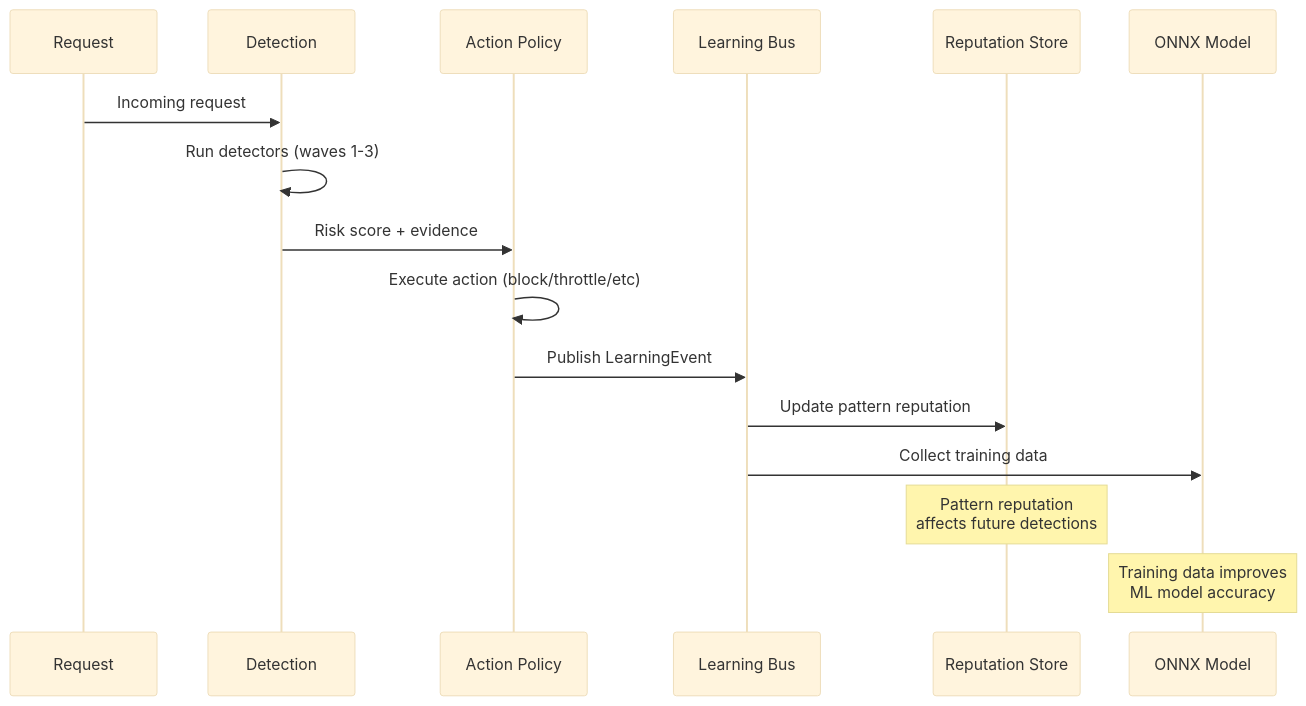
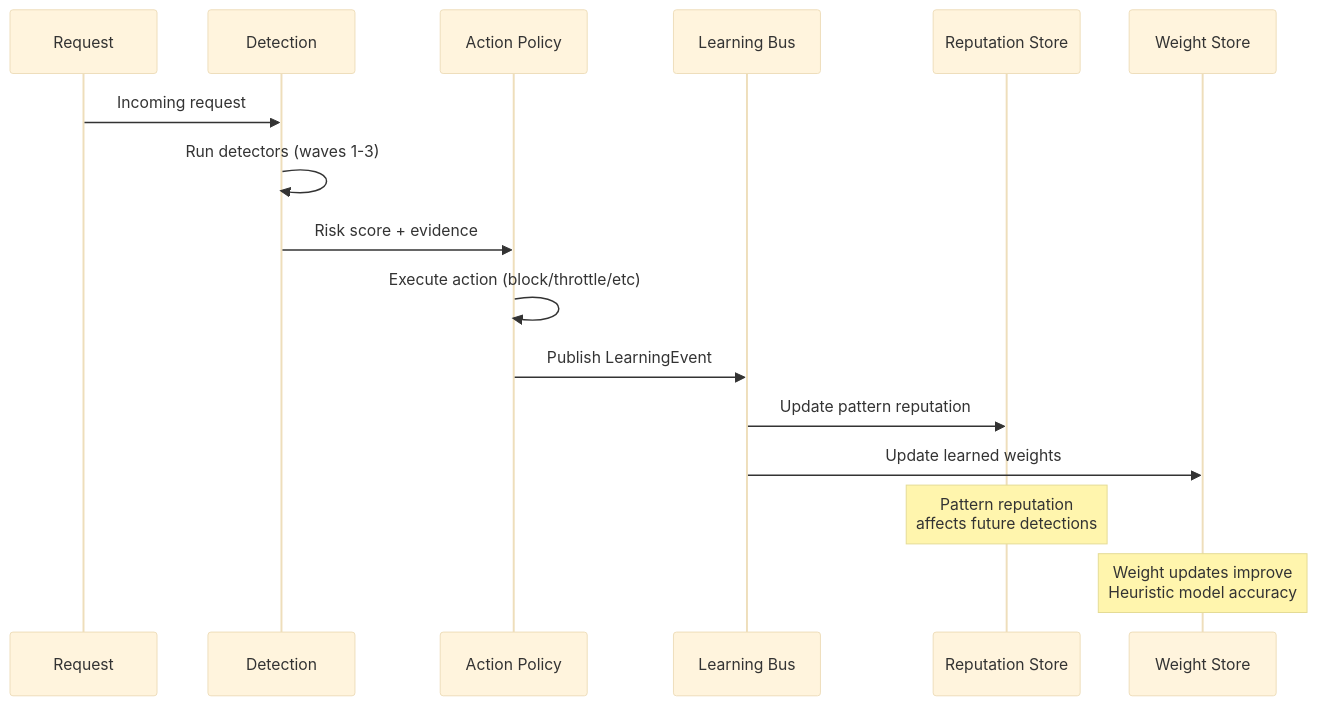
One commit to scottgal/mostlylucid.nugetpackages changed the second of 7 diagrams in Mostlylucid.BotDetection/docs/action-policies.md. Above: the diagram before and after it, drawn with Mermaid (base theme). The commit also changed 5 other files, not shown here.

Commit message:
Introduce throttling, SQLite-based data storage, and pattern learning features. Update docs to reflect the switch from ONNX to a heuristic-based detection system with enhanced configuration options.

````diff
--- a/Mostlylucid.BotDetection/docs/action-policies.md
+++ b/Mostlylucid.BotDetection/docs/action-policies.md
@@ -115,20 +115,20 @@
 ```mermaid
 sequenceDiagram
     participant R as Request
     participant D as Detection
     participant A as Action Policy
     participant L as Learning Bus
     participant Rep as Reputation Store
-    participant ONNX as ONNX Model
+    participant WS as Weight Store
 
     R->>D: Incoming request
     D->>D: Run detectors (waves 1-3)
     D->>A: Risk score + evidence
     A->>A: Execute action (block/throttle/etc)
     A->>L: Publish LearningEvent
     L->>Rep: Update pattern reputation
-    L->>ONNX: Collect training data
+    L->>WS: Update learned weights
 
     Note over Rep: Pattern reputation<br/>affects future detections
-    Note over ONNX: Training data improves<br/>ML model accuracy
+    Note over WS: Weight updates improve<br/>Heuristic model accuracy
 ```
````
